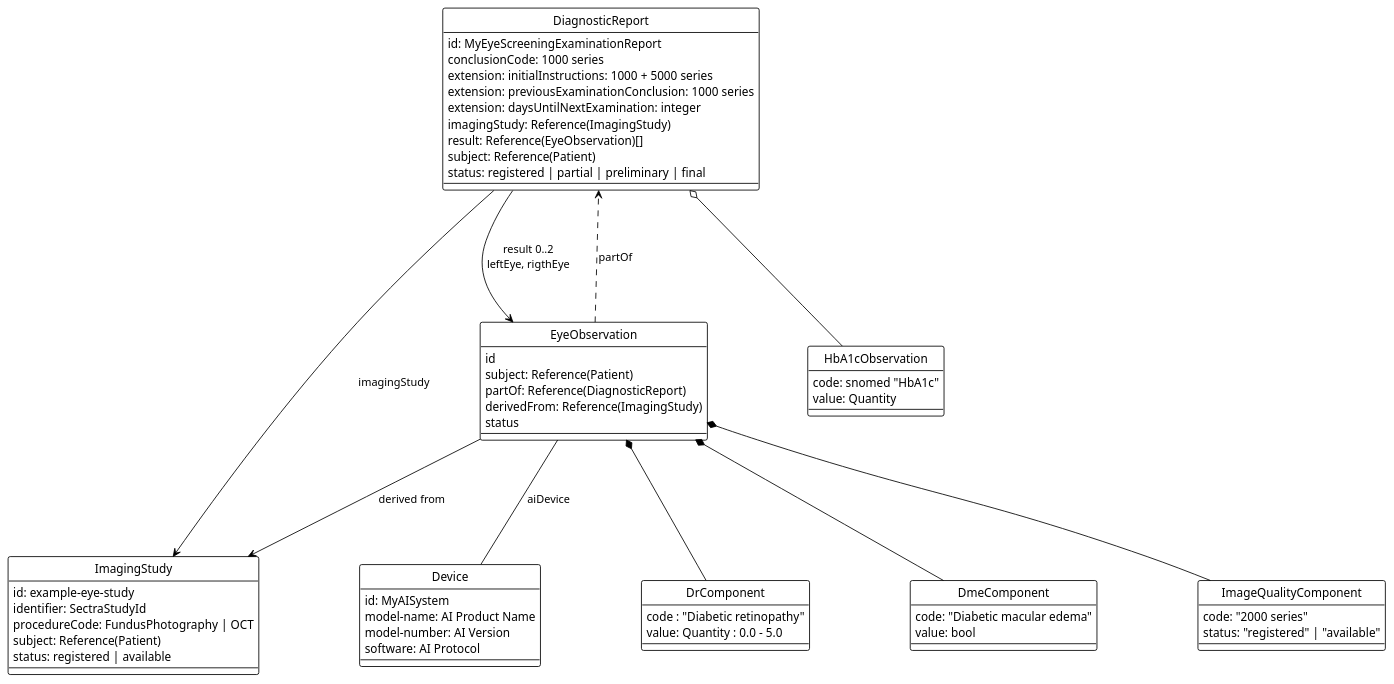
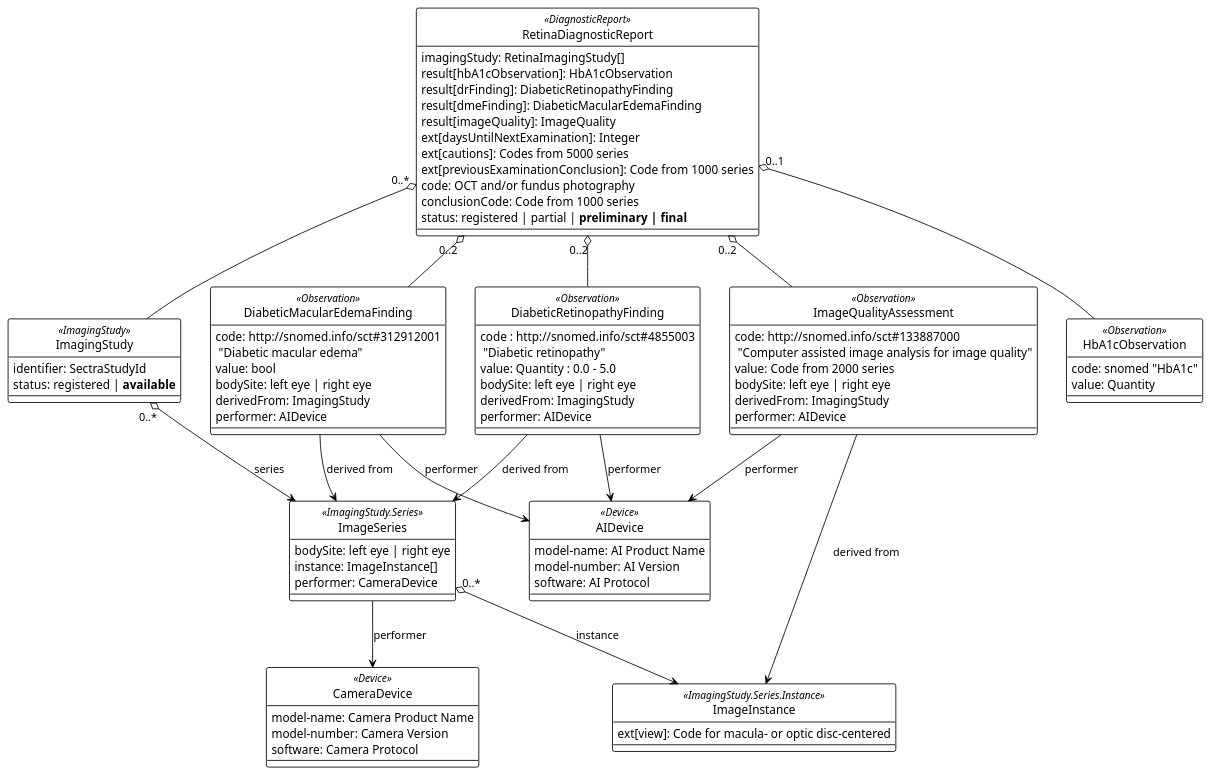
The diagram in docs/diagnostic-report-with-ai.puml (DIPSAS/DIPS-RetinaIntegration-IG), drawn with PlantUML before and after one commit. The commit also changed 728 other files, not shown here.

Commit message:
Version 0.5.0 Name system fixes, and other changes

```diff
--- a/docs/diagnostic-report-with-ai.puml
+++ b/docs/diagnostic-report-with-ai.puml
@@ -1,91 +1,118 @@
 @startuml diagnostic-report-with-ai
 
 !theme plain
 skinparam backgroundColor #FFFFFF
 
 ' --- Skin Parameters for a Clean Look ---
-
-' Hides the circular 'C' icon in the class title
-hide class stereotype
 
 ' This is the correct command to hide all visibility markers (+, -, #)
 ' It's the standard way to achieve a diagram without these icons.
 hide circle
 
 ' Use orthogonal lines for cleaner relationships
 ' skinparam linetype ortho
 
 ' Add spacing between elements
-skinparam nodesep 120
-skinparam ranksep 120
+'skinparam nodesep 120
+'skinparam ranksep 120
 
 ' --- Define FHIR Resources as Classes ---
 
-class DiagnosticReport {
-  {field} id: MyEyeScreeningExaminationReport
-  {field} conclusionCode: 1000 series
-  {field} extension: initialInstructions: 1000 + 5000 series
-  {field} extension: previousExaminationConclusion: 1000 series
-  {field} extension: daysUntilNextExamination: integer
-  {field} imagingStudy: Reference(ImagingStudy)
-  {field} result: Reference(EyeObservation)[]
-  {field} subject: Reference(Patient)
-  {field} status: registered | partial | preliminary | final
+class rdr as "RetinaDiagnosticReport" <<DiagnosticReport>>{
+  imagingStudy: RetinaImagingStudy[]
+  result[hbA1cObservation]: HbA1cObservation
+  result[drFinding]: DiabeticRetinopathyFinding
+  result[dmeFinding]: DiabeticMacularEdemaFinding
+  result[imageQuality]: ImageQuality
+  ext[daysUntilNextExamination]: Integer
+  ext[cautions]: Codes from 5000 series
+  ext[previousExaminationConclusion]: Code from 1000 series
+  code: OCT and/or fundus photography
+  conclusionCode: Code from 1000 series
+  status: registered | partial | <b>preliminary | final</b>
 }
 
-class ImagingStudy {
-  {field} id: example-eye-study
-  {field} identifier: SectraStudyId
-  {field} procedureCode: FundusPhotography | OCT
-  {field} subject: Reference(Patient)
-  {field} status: registered | available
+class is as "ImagingStudy" <<ImagingStudy>> {
+  identifier: SectraStudyId
+  ' partOf: RetinaDiagnosticReport
+  status: registered | <b>available</b>
 }
 
-class EyeObservation {
-  {field} id
-  {field} subject: Reference(Patient)
-  {field} partOf: Reference(DiagnosticReport)
-  {field} derivedFrom: Reference(ImagingStudy)
-  {field} status
+class iss as "ImageSeries" <<ImagingStudy.Series>> {
+  bodySite: left eye | right eye
+  instance: ImageInstance[]
+  performer: CameraDevice
 }
 
-class Device {
-  id: MyAISystem
+class issi as "ImageInstance" <<ImagingStudy.Series.Instance>> {
+  ext[view]: Code for macula- or optic disc-centered
+}
+
+Class CameraDevice <<Device>> {
+  model-name: Camera Product Name
+  model-number: Camera Version
+  software: Camera Protocol
+}
+
+class AIDevice <<Device>> {
   model-name: AI Product Name
   model-number: AI Version
   software: AI Protocol
+} 
+
+class drf as "DiabeticRetinopathyFinding" <<Observation>> {
+  code : http://snomed.info/sct#4855003\n "Diabetic retinopathy"
+  value: Quantity : 0.0 - 5.0 
+  bodySite: left eye | right eye
+  derivedFrom: ImagingStudy
+  performer: AIDevice
+  ' partOf: RetinaDiagnosticReport
 }
 
-class DrComponent{
-  code : "Diabetic retinopathy"
-  value: Quantity : 0.0 - 5.0 
+class dmef as "DiabeticMacularEdemaFinding" <<Observation>> {
+  code: http://snomed.info/sct#312912001\n "Diabetic macular edema"
+  value: bool 
+  bodySite: left eye | right eye
+  derivedFrom: ImagingStudy
+  performer: AIDevice
+  ' partOf: RetinaDiagnosticReport
 }
 
-class DmeComponent{
-  code: "Diabetic macular edema"
-  value: bool 
+class iqa as "ImageQualityAssessment" <<Observation>> {
+  code: http://snomed.info/sct#133887000\n "Computer assisted image analysis for image quality"
+  value: Code from 2000 series
+  bodySite: left eye | right eye
+  derivedFrom: ImagingStudy
+  performer: AIDevice
+  ' partOf: RetinaDiagnosticReport
 }
 
-class ImageQualityComponent{
-  code: "2000 series"
-  status: "registered" | "available"
-}
-
-class HbA1cObservation{
+class HbA1cObservation <<Observation>> {
   code: snomed "HbA1c"
   value: Quantity
+  'partOf: RetinaDiagnosticReport
 }
-
 
 ' --- Define the relationships ---
 
-DiagnosticReport --> ImagingStudy : "imagingStudy"
-DiagnosticReport o-- HbA1cObservation
-DiagnosticReport --> EyeObservation : "result 0..2\nleftEye, rigthEye"
-EyeObservation ..> DiagnosticReport : "partOf"
-EyeObservation -- Device : "aiDevice"
-EyeObservation --> ImagingStudy : "derived from"
-EyeObservation *-- DrComponent
-EyeObservation *-- DmeComponent
-EyeObservation *-- ImageQualityComponent
+rdr "0..1" o-- HbA1cObservation 
+rdr "0..2" o-- drf 
+rdr "0..2" o-- dmef
+rdr "0..2" o-- iqa
+rdr "0..*" o-- is
+iqa --> issi : "derived from"
+drf --> iss : "derived from"
+dmef --> iss : "derived from"
+iqa --> AIDevice : "performer"
+drf --> AIDevice : "performer"
+dmef --> AIDevice : "performer"
+' is ..> rdr : "partOf"
+is "0..*" o--> iss : "series"
+iss "0..*" o--> issi : "instance"
+iss --> CameraDevice : "performer"
+' iqa ..> rdr : "partOf"
+' dmef ..> rdr : "partOf"
+' drf ..> rdr : "partOf"
+' HbA1cObservation ..> rdr : "partOf"
+ 
 @enduml
```
